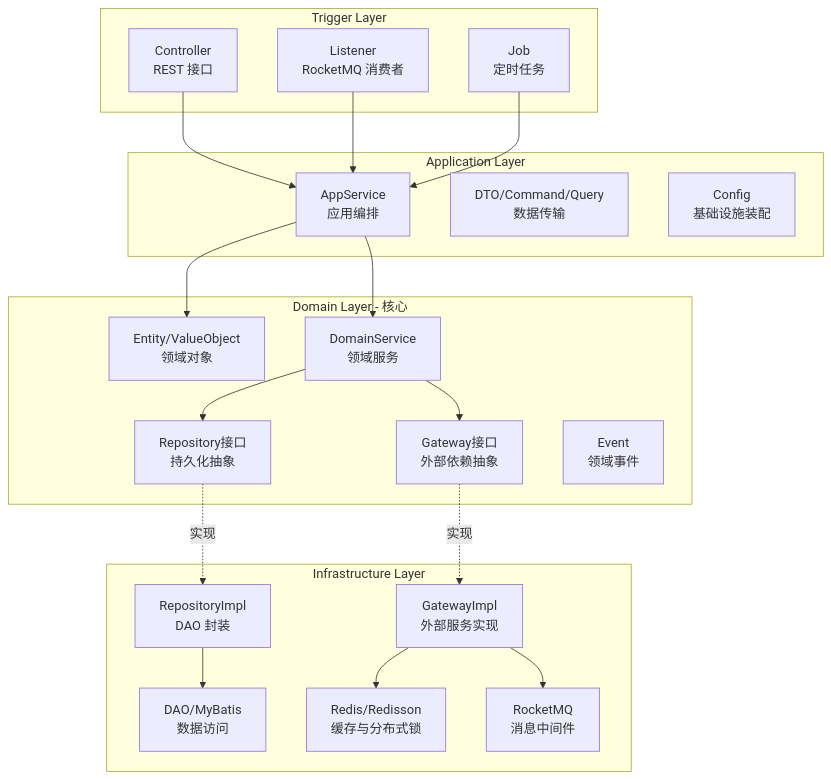
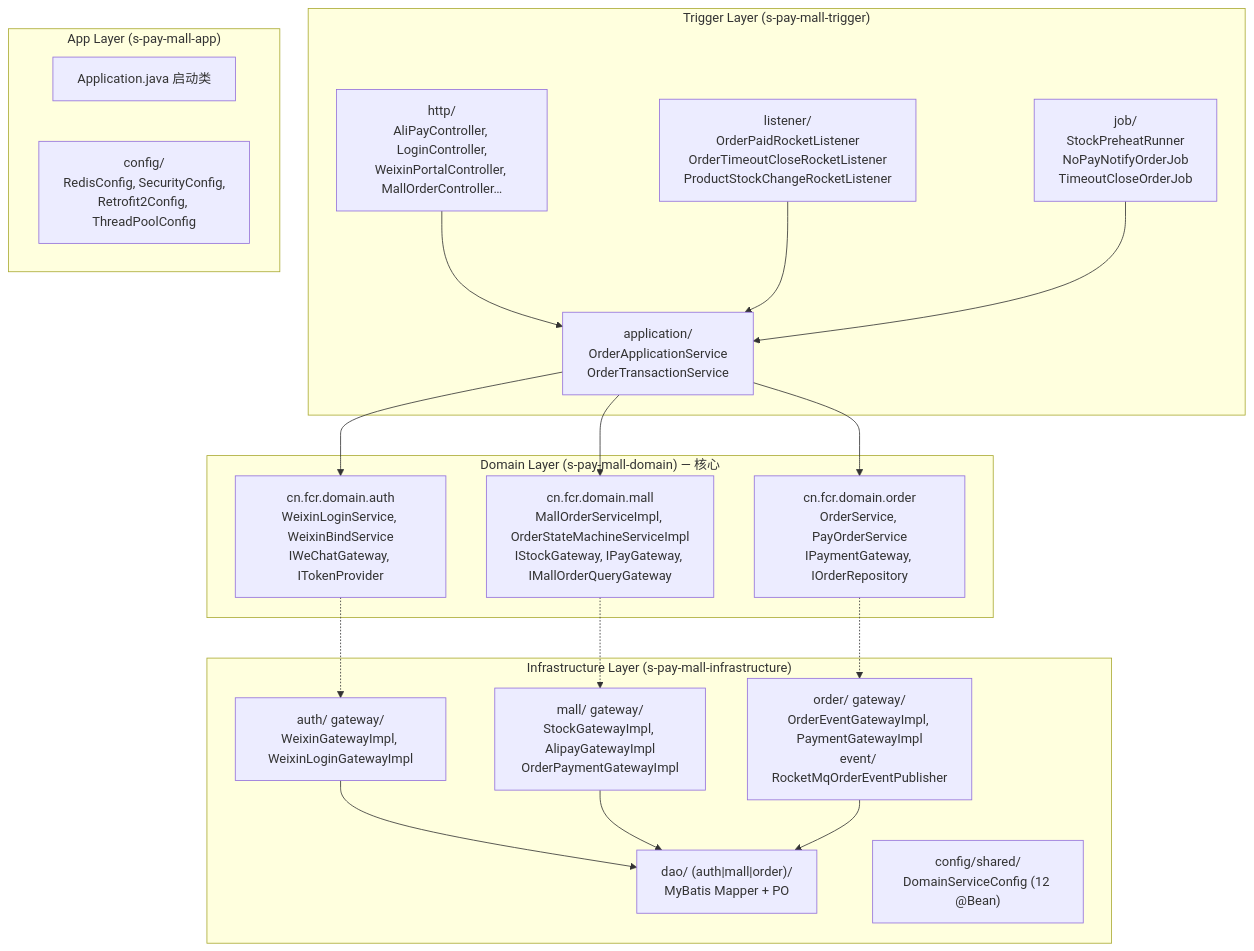
Before and after one commit to sxlva/s-pay-mall: the first of 2 diagrams in docs/design/README.md, drawn with Mermaid. The commit also changed other lines of this file and 9 other files, not shown here.

````diff
--- a/docs/design/README.md
+++ b/docs/design/README.md
@@ -26,43 +32,41 @@
 ```mermaid
 flowchart TB
-    subgraph 触发层 [Trigger Layer]
-        T1[Controller<br/>REST 接口]
-        T2[Listener<br/>RocketMQ 消费者]
-        T3[Job<br/>定时任务]
+    subgraph Trigger["Trigger Layer (s-pay-mall-trigger)"]
+        T1["http/<br/>AliPayController, LoginController,<br/>WeixinPortalController, MallOrderController…"]
+        T2["listener/<br/>OrderPaidRocketListener<br/>OrderTimeoutCloseRocketListener<br/>ProductStockChangeRocketListener"]
+        T3["job/<br/>StockPreheatRunner<br/>NoPayNotifyOrderJob<br/>TimeoutCloseOrderJob"]
+        T4["application/<br/>OrderApplicationService<br/>OrderTransactionService"]
     end
 
-    subgraph 应用层 [Application Layer]
-        A1[AppService<br/>应用编排]
-        A2[DTO/Command/Query<br/>数据传输]
-        A3[Config<br/>基础设施装配]
+    subgraph App["App Layer (s-pay-mall-app)"]
+        A1["Application.java 启动类"]
+        A2["config/<br/>RedisConfig, SecurityConfig,<br/>Retrofit2Config, ThreadPoolConfig"]
     end
 
-    subgraph 领域层 [Domain Layer - 核心]
-        D1[Entity/ValueObject<br/>领域对象]
-        D2[DomainService<br/>领域服务]
-        D3[Gateway接口<br/>外部依赖抽象]
-        D4[Repository接口<br/>持久化抽象]
-        D5[Event<br/>领域事件]
+    subgraph Domain["Domain Layer (s-pay-mall-domain) — 核心"]
+        D1["cn.fcr.domain.auth<br/>WeixinLoginService, WeixinBindService<br/>IWeChatGateway, ITokenProvider"]
+        D2["cn.fcr.domain.mall<br/>MallOrderServiceImpl, OrderStateMachineServiceImpl<br/>IStockGateway, IPayGateway, IMallOrderQueryGateway"]
+        D3["cn.fcr.domain.order<br/>OrderService, PayOrderService<br/>IPaymentGateway, IOrderRepository"]
     end
 
-    subgraph 基础设施层 [Infrastructure Layer]
-        I1[GatewayImpl<br/>外部服务实现]
-        I2[RepositoryImpl<br/>DAO 封装]
-        I3[DAO/MyBatis<br/>数据访问]
-        I4[Redis/Redisson<br/>缓存与分布式锁]
-        I5[RocketMQ<br/>消息中间件]
+    subgraph Infra["Infrastructure Layer (s-pay-mall-infrastructure)"]
+        I1["auth/ gateway/<br/>WeixinGatewayImpl, WeixinLoginGatewayImpl"]
+        I2["mall/ gateway/<br/>StockGatewayImpl, AlipayGatewayImpl<br/>OrderPaymentGatewayImpl"]
+        I3["order/ gateway/<br/>OrderEventGatewayImpl, PaymentGatewayImpl<br/>event/ RocketMqOrderEventPublisher"]
+        I4["dao/ (auth|mall|order)/<br/>MyBatis Mapper + PO"]
+        I5["config/shared/<br/>DomainServiceConfig (12 @Bean)"]
     end
 
-    T1 --> A1
-    T2 --> A1
-    T3 --> A1
-    A1 --> D2
-    A1 --> D1
-    D2 --> D3
-    D2 --> D4
-    D3 -.实现.-> I1
-    D4 -.实现.-> I2
-    I2 --> I3
+    T1 --> T4
+    T2 --> T4
+    T3 --> T4
+    T4 --> D1
+    T4 --> D2
+    T4 --> D3
+    D1 -.-> I1
+    D2 -.-> I2
+    D3 -.-> I3
     I1 --> I4
-    I1 --> I5
+    I2 --> I4
+    I3 --> I4
 ```
````
